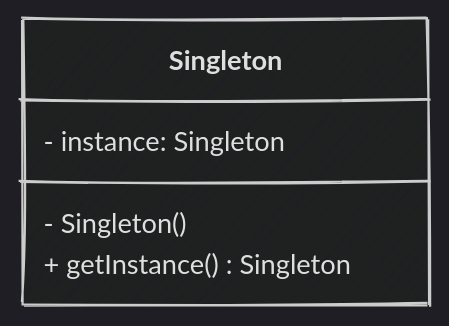
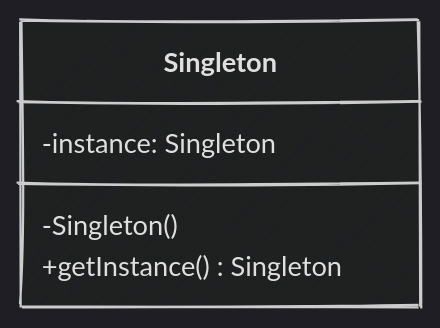
One commit to python-la-paz/python-study-group-oop changed the first of 3 diagrams in content/sesion09/Readme.md. Above: the diagram before and after it, drawn with Mermaid. The commit also changed other lines of this file and 1 other file, not shown here.

````diff
--- a/content/sesion09/Readme.md
+++ b/content/sesion09/Readme.md
@@ -162,9 +179,9 @@
 ```mermaid
 %%{init: {"theme": "dark", "look": "handDrawn"  }}%%
 classDiagram
     class Singleton {
-        - instance: Singleton
-        - Singleton() 
-        + getInstance() Singleton
+        -instance: Singleton
+        -Singleton() 
+        +getInstance() Singleton
     }
 ```
````
